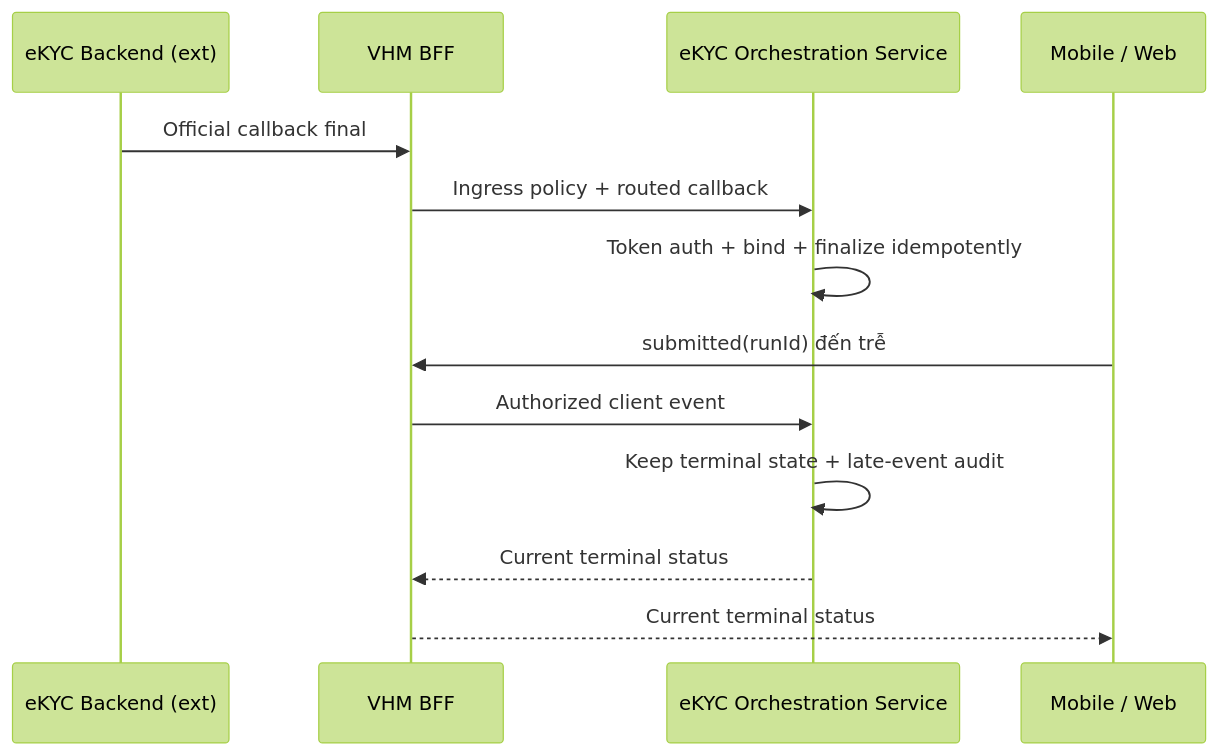
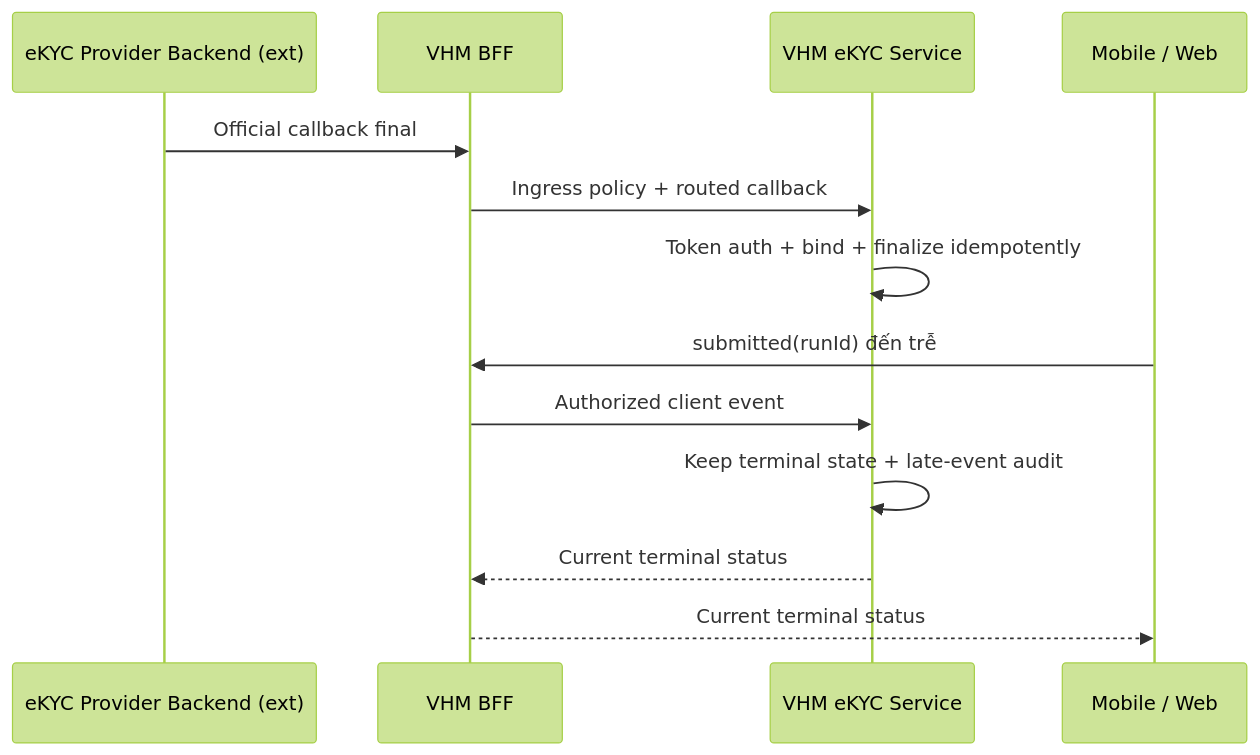
One commit to huynv-xyz/vhm changed diagram 13 of 16 in README.md. Above: the diagram before and after it, drawn with Mermaid (forest theme). The commit also changed other lines of this file, not shown here.

````diff
--- a/README.md
+++ b/README.md
@@ -1213,15 +1207,15 @@
 ```mermaid
 sequenceDiagram
-    participant BACKEND as eKYC Backend (ext)
+    participant BACKEND as eKYC Provider Backend (ext)
     participant BFF as VHM BFF
-    participant Orchestrator as eKYC Orchestration Service
+    participant EKYC_SERVICE as VHM eKYC Service
     participant CLIENT as Mobile / Web
     BACKEND->>BFF: Official callback final
-    BFF->>Orchestrator: Ingress policy + routed callback
-    Orchestrator->>Orchestrator: Token auth + bind + finalize idempotently
+    BFF->>EKYC_SERVICE: Ingress policy + routed callback
+    EKYC_SERVICE->>EKYC_SERVICE: Token auth + bind + finalize idempotently
     CLIENT->>BFF: submitted(runId) đến trễ
-    BFF->>Orchestrator: Authorized client event
-    Orchestrator->>Orchestrator: Keep terminal state + late-event audit
-    Orchestrator-->>BFF: Current terminal status
+    BFF->>EKYC_SERVICE: Authorized client event
+    EKYC_SERVICE->>EKYC_SERVICE: Keep terminal state + late-event audit
+    EKYC_SERVICE-->>BFF: Current terminal status
     BFF-->>CLIENT: Current terminal status
 ```
````
